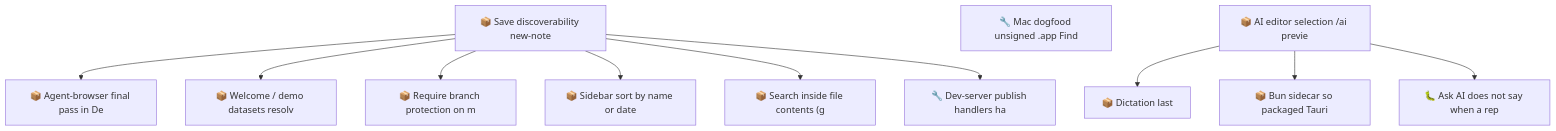
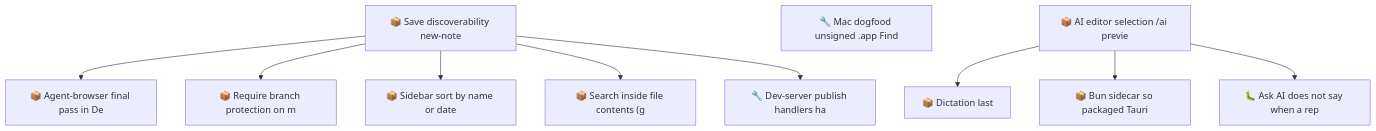
Before and after one commit to SpillwaveSolutions/motion: the second of 2 diagrams in docs/roadmap.md, drawn with Mermaid. The commit also changed other lines of this file and 13 other files, not shown here.

First line of the commit message:
fix: degrade welcome datasets when demo files are missing (#50)

````diff
--- a/docs/roadmap.md
+++ b/docs/roadmap.md
@@ -114,24 +111,22 @@
 ```mermaid
 graph TD
     01KYQYYN3SBWDT25TC6H3G4EAA["📦 Save discoverability new-note"]
     01KYQYYN3T2SSGG33ESEWPXKH8["📦 Agent-browser final pass in De"]
-    01KYQYYN3T3VB8RCTMJJ13FK2H["📦 Welcome / demo datasets resolv"]
     01KYQYYN3T731B57N8NXQ8C0FQ["📦 Require branch protection on m"]
     01KYQYYN3TA69K8848E483HC82["📦 Sidebar sort by name or date"]
     01KYQYYN3TKW93D9SVW07VKFZY["📦 Search inside file contents (g"]
     01M18Q560MPAYQJTA0W6F4DAW3["🔧 Mac dogfood unsigned .app Find"]
     01M18R79ZM90HJ0MBG3CX6VW7E["📦 Dictation last"]
     01M18R79ZMN53CMV76JFHKVEFN["📦 AI editor selection /ai previe"]
     01M19Z6Z3XQZ03EYNXKKBG5WK7["📦 Bun sidecar so packaged Tauri"]
     01M1ABZH14RJDDJ7M7HT3TZKYW["🐛 Ask AI does not say when a rep"]
     01M1ABZH2F573CM32N93NDMAGB["🔧 Dev-server publish handlers ha"]
     01KYQYYN3SBWDT25TC6H3G4EAA --> 01KYQYYN3T2SSGG33ESEWPXKH8
-    01KYQYYN3SBWDT25TC6H3G4EAA --> 01KYQYYN3T3VB8RCTMJJ13FK2H
     01KYQYYN3SBWDT25TC6H3G4EAA --> 01KYQYYN3T731B57N8NXQ8C0FQ
     01KYQYYN3SBWDT25TC6H3G4EAA --> 01KYQYYN3TA69K8848E483HC82
     01KYQYYN3SBWDT25TC6H3G4EAA --> 01KYQYYN3TKW93D9SVW07VKFZY
     01M18R79ZMN53CMV76JFHKVEFN --> 01M18R79ZM90HJ0MBG3CX6VW7E
     01M18R79ZMN53CMV76JFHKVEFN --> 01M19Z6Z3XQZ03EYNXKKBG5WK7
     01M18R79ZMN53CMV76JFHKVEFN --> 01M1ABZH14RJDDJ7M7HT3TZKYW
     01KYQYYN3SBWDT25TC6H3G4EAA --> 01M1ABZH2F573CM32N93NDMAGB
 ```
````
